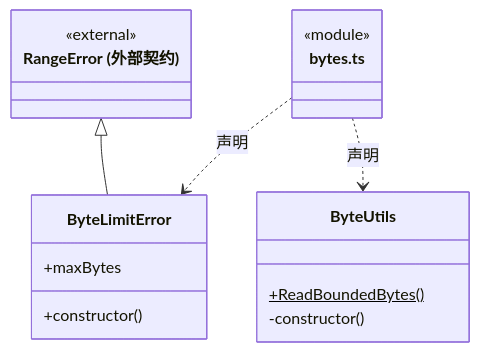
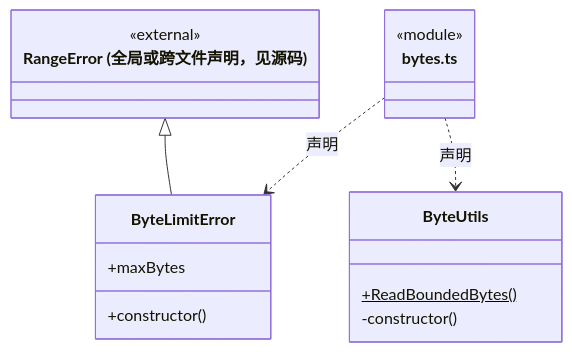
Before and after one commit to nan023062/cbim: the second of 8 diagrams in src/core/utility/ARCHITECTURE.md, drawn with Mermaid. The commit also changed other lines of this file and 112 other files, not shown here.

Commit message:
docs: align source architecture with current declarations and contracts

````diff
--- a/src/core/utility/ARCHITECTURE.md
+++ b/src/core/utility/ARCHITECTURE.md
@@ -226,20 +226,20 @@
 ```mermaid
 classDiagram
 class N_src_core_utility_bytes_ts["bytes.ts"] {
   <<module>>
 }
 class N_src_core_utility_bytes_ts_ByteLimitError["ByteLimitError"] {
   +maxBytes
   +constructor()
 }
 N_src_core_utility_bytes_ts ..> N_src_core_utility_bytes_ts_ByteLimitError : 声明
-class N_src_core_utility_bytes_ts_external_RangeError["RangeError (外部契约)"] {
+class N_src_core_utility_bytes_ts_external_RangeError["RangeError (全局或跨文件声明，见源码)"] {
   <<external>>
 }
 N_src_core_utility_bytes_ts_external_RangeError <|-- N_src_core_utility_bytes_ts_ByteLimitError
 class N_src_core_utility_bytes_ts_ByteUtils["ByteUtils"] {
   +ReadBoundedBytes()$
   -constructor()
 }
 N_src_core_utility_bytes_ts ..> N_src_core_utility_bytes_ts_ByteUtils : 声明
 ```
````
